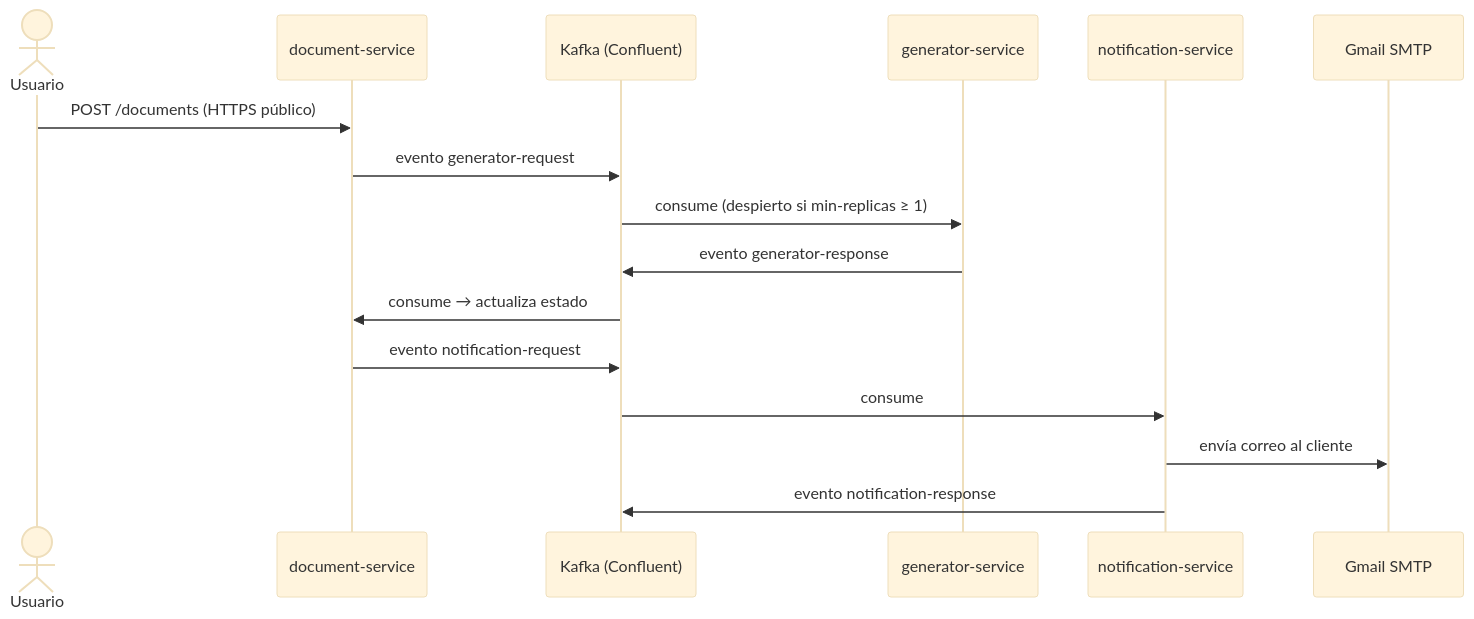
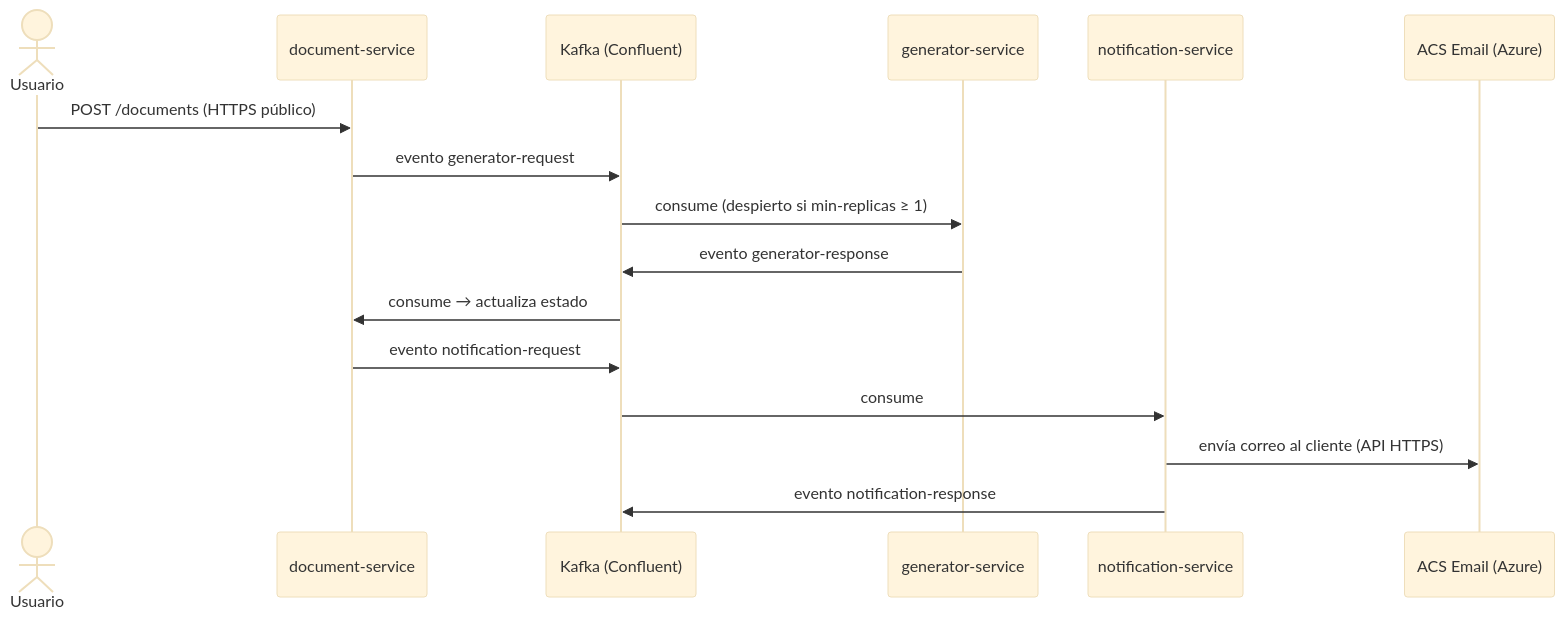
Before and after one commit to Rincon10/DOCUMENT-NOTIFICATION-SYSTEM: the fourth of 5 diagrams in docs/AZURE-ESTUDIANTE-PASO-A-PASO.md, drawn with Mermaid (base theme). The commit also changed other lines of this file and 28 other files, not shown here.

````diff
--- a/docs/AZURE-ESTUDIANTE-PASO-A-PASO.md
+++ b/docs/AZURE-ESTUDIANTE-PASO-A-PASO.md
@@ -96,19 +128,19 @@
 ```mermaid
 sequenceDiagram
     actor U as Usuario
     participant D as document-service
     participant K as Kafka (Confluent)
     participant G as generator-service
     participant N as notification-service
-    participant M as Gmail SMTP
+    participant A as ACS Email (Azure)
 
     U->>D: POST /documents (HTTPS público)
     D->>K: evento generator-request
     K->>G: consume (despierto si min-replicas ≥ 1)
     G->>K: evento generator-response
     K->>D: consume → actualiza estado
     D->>K: evento notification-request
     K->>N: consume
-    N->>M: envía correo al cliente
+    N->>A: envía correo al cliente (API HTTPS)
     N->>K: evento notification-response
 ```
````
